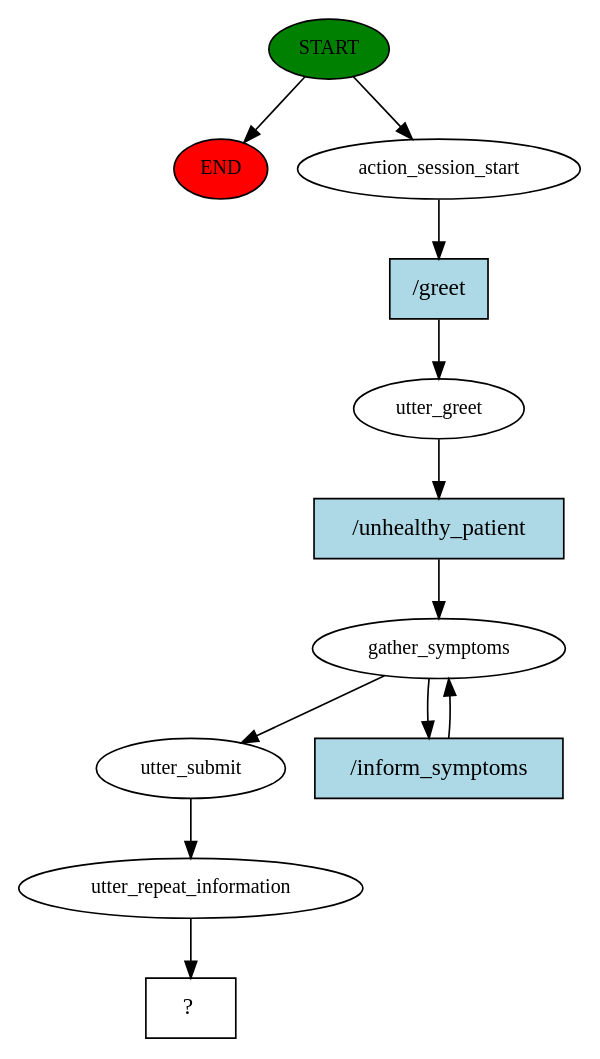
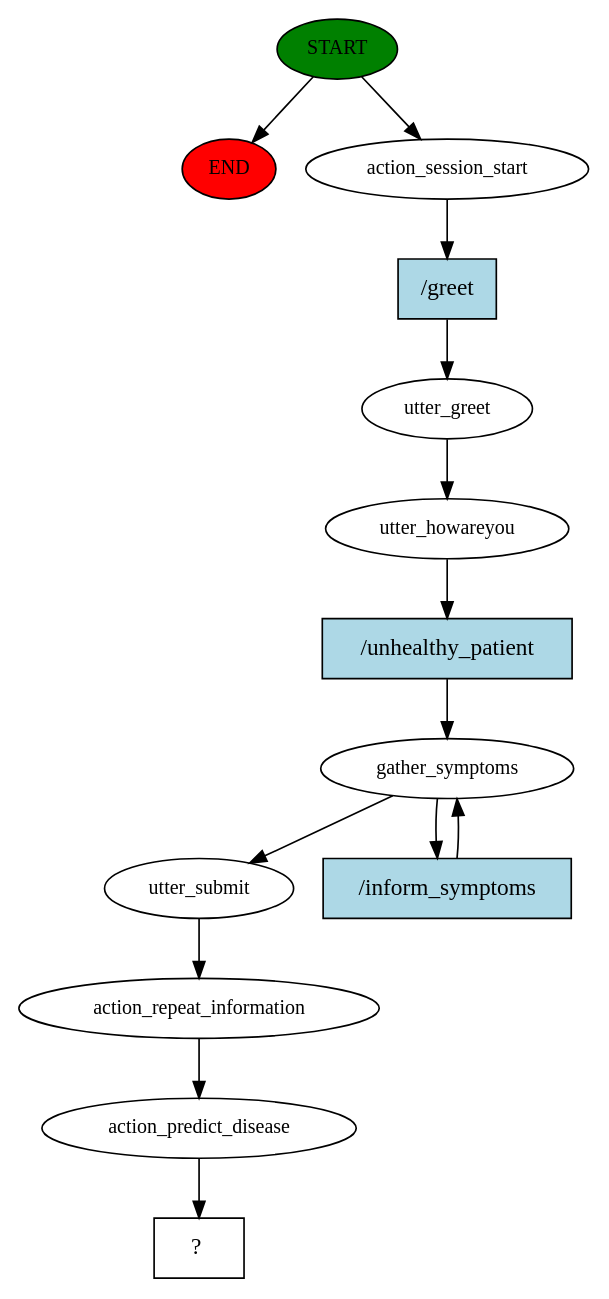
Before and after one commit to visheshofficial/ai-health-agent: the diagram in story_graph.dot, drawn with Graphviz. The commit also changed 25 other files, not shown here.

```diff
--- a/story_graph.dot
+++ b/story_graph.dot
@@ -1,24 +1,28 @@
 digraph  {
 0 [class="start active", fillcolor=green, fontsize=12, label=START, style=filled];
 "-1" [class=end, fillcolor=red, fontsize=12, label=END, style=filled];
 1 [class=active, fontsize=12, label=action_session_start];
 2 [class=active, fontsize=12, label=utter_greet];
-3 [class=active, fontsize=12, label=gather_symptoms];
-5 [class=active, fontsize=12, label=utter_submit];
-6 [class=active, fontsize=12, label=utter_repeat_information];
-7 [class="intent dashed active", label="  ?  ", shape=rect];
-8 [class="intent active", fillcolor=lightblue, label="/greet", shape=rect, style=filled];
-9 [class="intent active", fillcolor=lightblue, label="/unhealthy_patient", shape=rect, style=filled];
-10 [class="intent active", fillcolor=lightblue, label="/inform_symptoms", shape=rect, style=filled];
+3 [class=active, fontsize=12, label=utter_howareyou];
+4 [class=active, fontsize=12, label=gather_symptoms];
+6 [class=active, fontsize=12, label=utter_submit];
+7 [class=active, fontsize=12, label=action_repeat_information];
+8 [class=active, fontsize=12, label=action_predict_disease];
+9 [class="intent dashed active", label="  ?  ", shape=rect];
+10 [class="intent active", fillcolor=lightblue, label="/greet", shape=rect, style=filled];
+11 [class="intent active", fillcolor=lightblue, label="/unhealthy_patient", shape=rect, style=filled];
+12 [class="intent active", fillcolor=lightblue, label="/inform_symptoms", shape=rect, style=filled];
 0 -> "-1"  [class="", key=NONE, label=""];
 0 -> 1  [class=active, key=NONE, label=""];
-1 -> 8  [class=active, key=0];
-2 -> 9  [class=active, key=0];
-3 -> 5  [class=active, key=NONE, label=""];
-3 -> 10  [class=active, key=0];
-5 -> 6  [class=active, key=NONE, label=""];
+1 -> 10  [class=active, key=0];
+2 -> 3  [class=active, key=NONE, label=""];
+3 -> 11  [class=active, key=0];
+4 -> 6  [class=active, key=NONE, label=""];
+4 -> 12  [class=active, key=0];
 6 -> 7  [class=active, key=NONE, label=""];
-8 -> 2  [class=active, key=0];
-9 -> 3  [class=active, key=0];
-10 -> 3  [class=active, key=0];
+7 -> 8  [class=active, key=NONE, label=""];
+8 -> 9  [class=active, key=NONE, label=""];
+10 -> 2  [class=active, key=0];
+11 -> 4  [class=active, key=0];
+12 -> 4  [class=active, key=0];
 }
```
